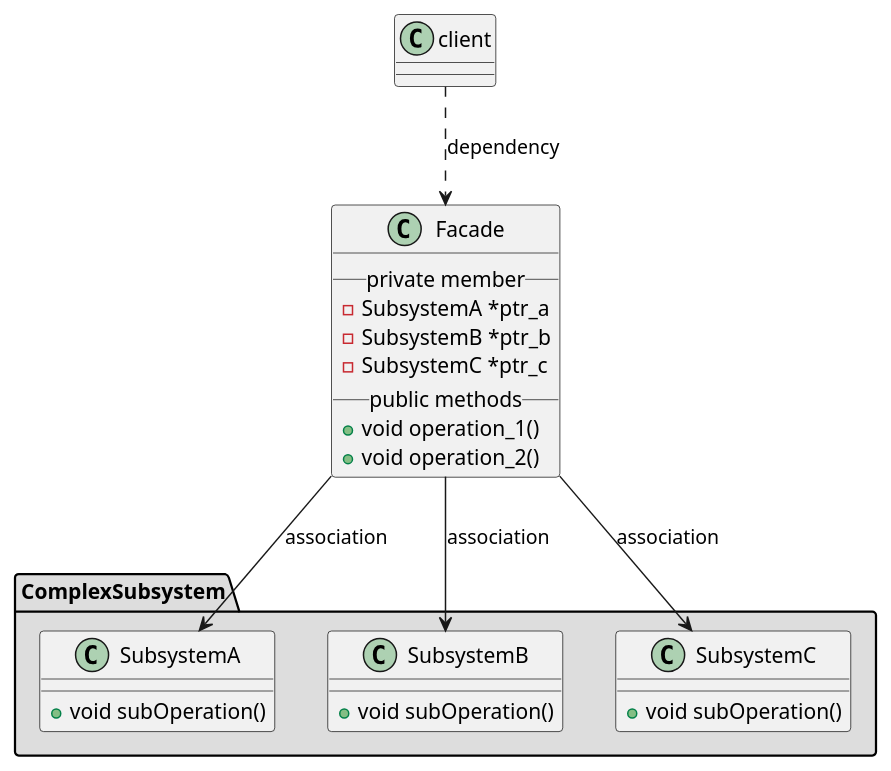
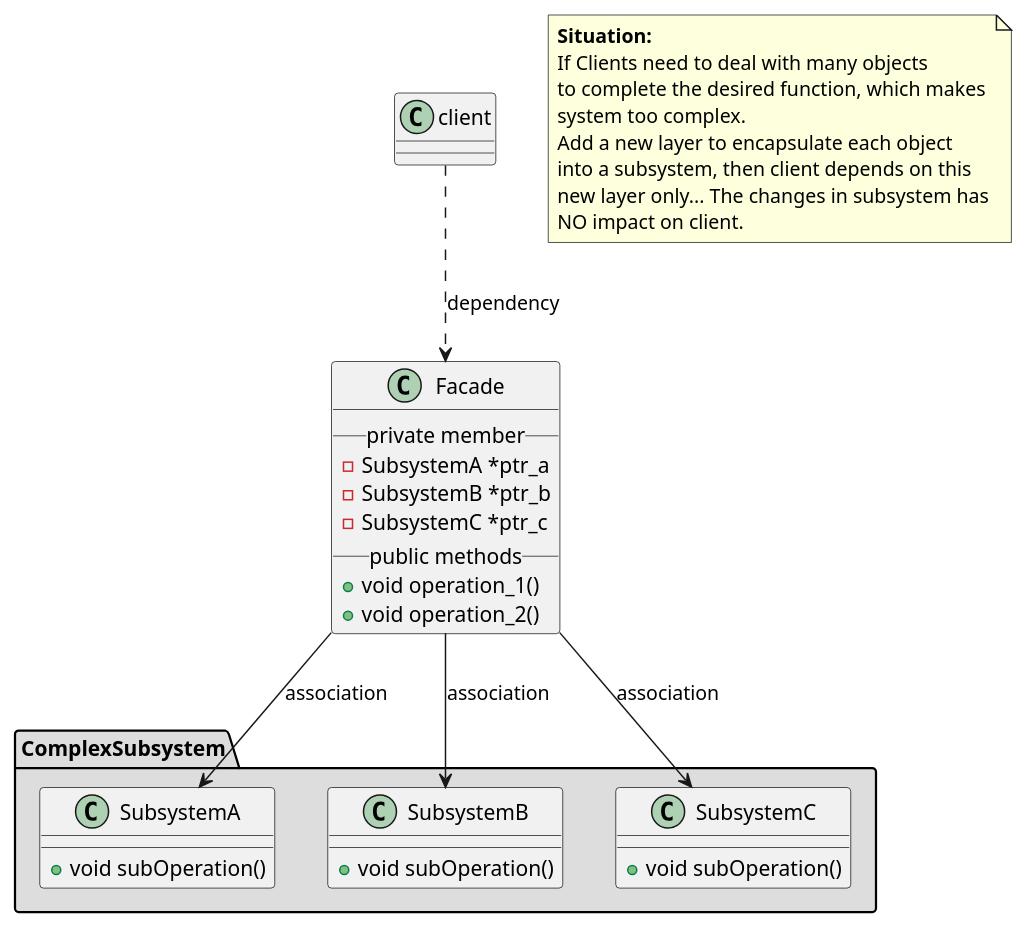
One commit to flyingman1991/design-patterns-cpp changed the diagram in facade/FacadePattern.puml. Above: the diagram before and after it, drawn with PlantUML.

Commit message:
supply notes into facade-uml diagram.

```diff
--- a/facade/FacadePattern.puml
+++ b/facade/FacadePattern.puml
@@ -1,32 +1,43 @@
 @startuml FacadePattern
 
 package ComplexSubsystem #DDDDDD {
     class SubsystemA {
         + void subOperation()
     }
 
     class SubsystemB {
         + void subOperation()
     }
 
     class SubsystemC {
         + void subOperation()
     }
 }
 
 class Facade {
     __private member__
     - SubsystemA *ptr_a
     - SubsystemB *ptr_b
     - SubsystemC *ptr_c
     __public methods__
     + void operation_1()
     + void operation_2()
 }
 
 client ..> Facade : dependency
 Facade --> SubsystemA : association
 Facade --> SubsystemB : association
 Facade --> SubsystemC : association
 
+note as N1
+    <b>Situation:</b>
+    If Clients need to deal with many objects
+    to complete the desired function, which makes
+    system too complex.
+    Add a new layer to encapsulate each object
+    into a subsystem, then client depends on this
+    new layer only... The changes in subsystem has
+    NO impact on client.
+end note
+
 @enduml
```
